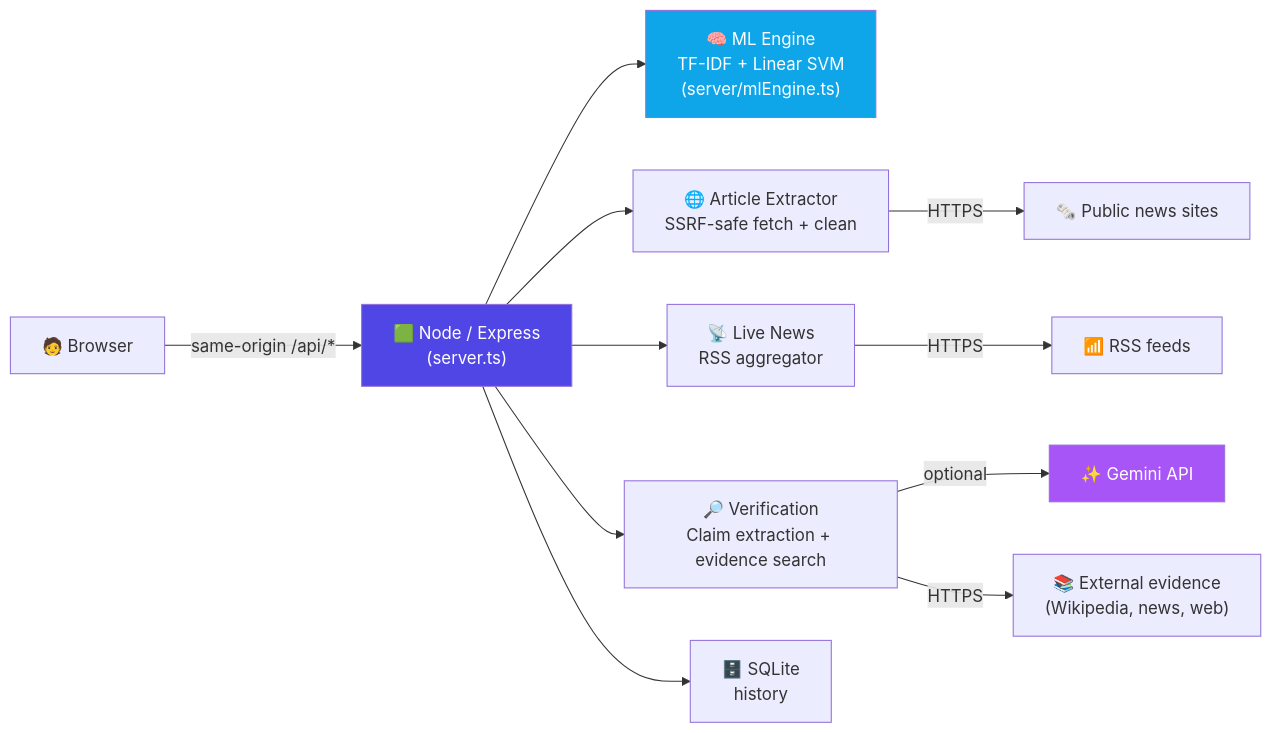
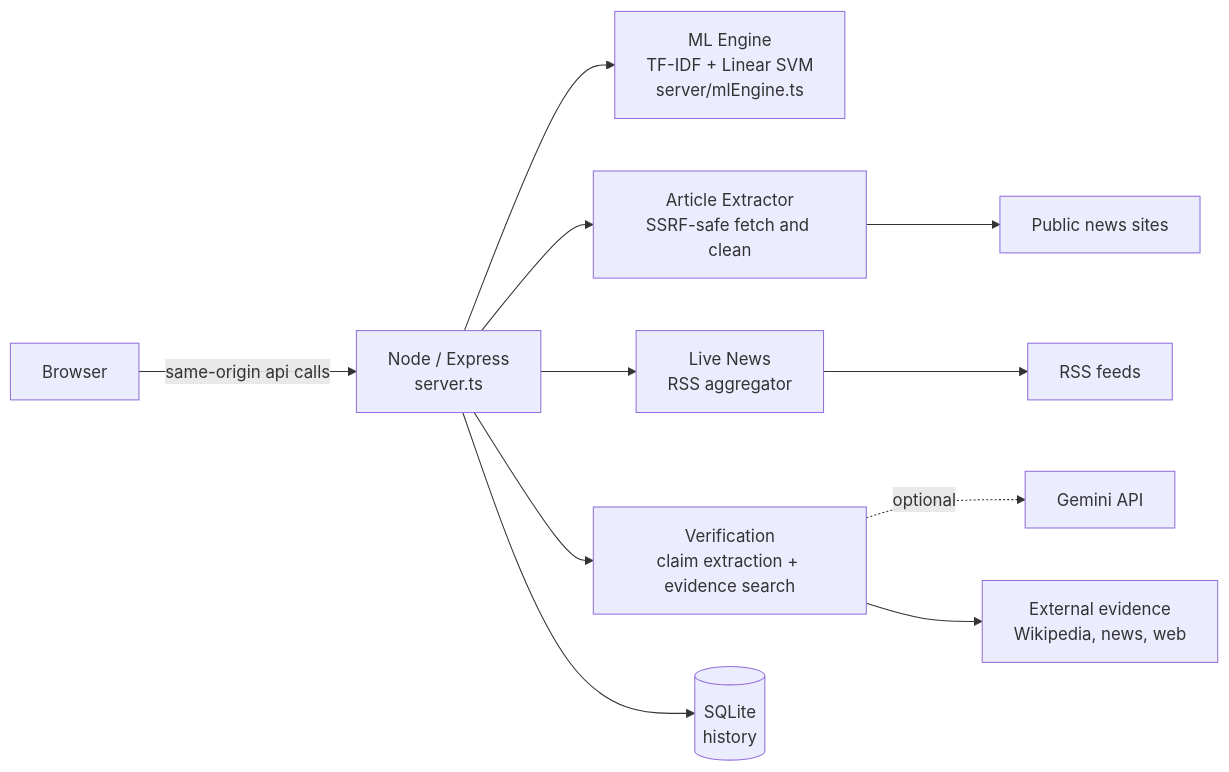
The first of 2 diagrams in README.md (Pappu246/truthlens-ai-fake-news-detection-system), drawn with Mermaid before and after one commit. The commit also changed other lines of this file, not shown here.

First line of the commit message:
docs: remove emoji from README, add verdict-logic diagram

````diff
--- a/README.md
+++ b/README.md
@@ -56,17 +50,13 @@
 ```mermaid
 flowchart LR
-    U["🧑 Browser"] -->|"same-origin /api/*"| S["🟩 Node / Express\n(server.ts)"]
-    S --> ML["🧠 ML Engine\nTF-IDF + Linear SVM\n(server/mlEngine.ts)"]
-    S --> EX["🌐 Article Extractor\nSSRF-safe fetch + clean"]
-    S --> RSS["📡 Live News\nRSS aggregator"]
-    S --> VER["🔎 Verification\nClaim extraction + evidence search"]
-    S --> DB["🗄️ SQLite\nhistory"]
-    VER -->|"optional"| GEM["✨ Gemini API"]
-    EX -->|"HTTPS"| WEB["🗞️ Public news sites"]
-    RSS -->|"HTTPS"| FEEDS["📶 RSS feeds"]
-    VER -->|"HTTPS"| EVID["📚 External evidence\n(Wikipedia, news, web)"]
-
-    style S fill:#4f46e5,color:#fff
-    style ML fill:#0ea5e9,color:#fff
-    style GEM fill:#a855f7,color:#fff
+    U[Browser] -->|same-origin api calls| S[Node / Express<br/>server.ts]
+    S --> ML[ML Engine<br/>TF-IDF + Linear SVM<br/>server/mlEngine.ts]
+    S --> EX[Article Extractor<br/>SSRF-safe fetch and clean]
+    S --> RSS[Live News<br/>RSS aggregator]
+    S --> VER[Verification<br/>claim extraction + evidence search]
+    S --> DB[(SQLite<br/>history)]
+    VER -.optional.-> GEM[Gemini API]
+    EX --> WEB[Public news sites]
+    RSS --> FEEDS[RSS feeds]
+    VER --> EVID[External evidence<br/>Wikipedia, news, web]
 ```
````
